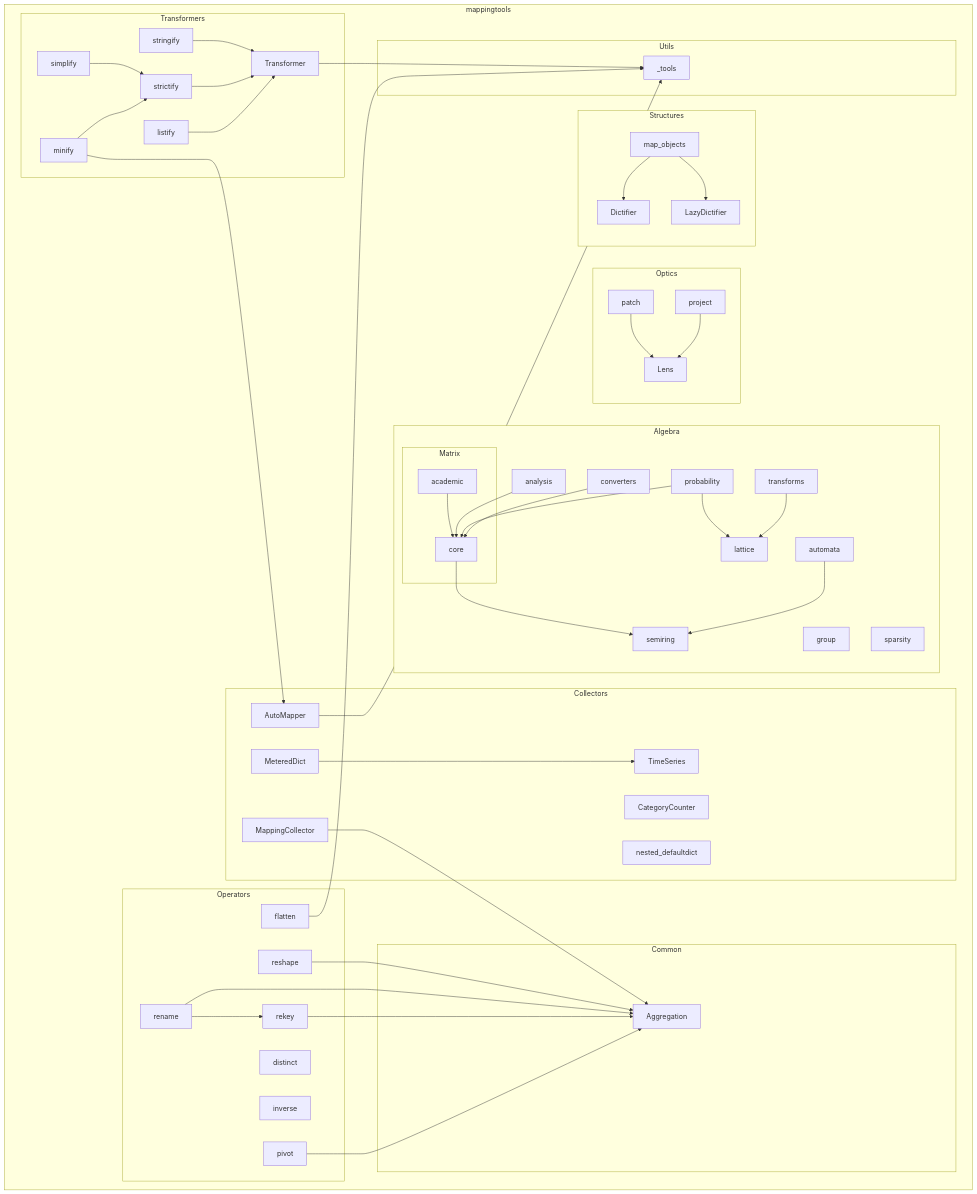
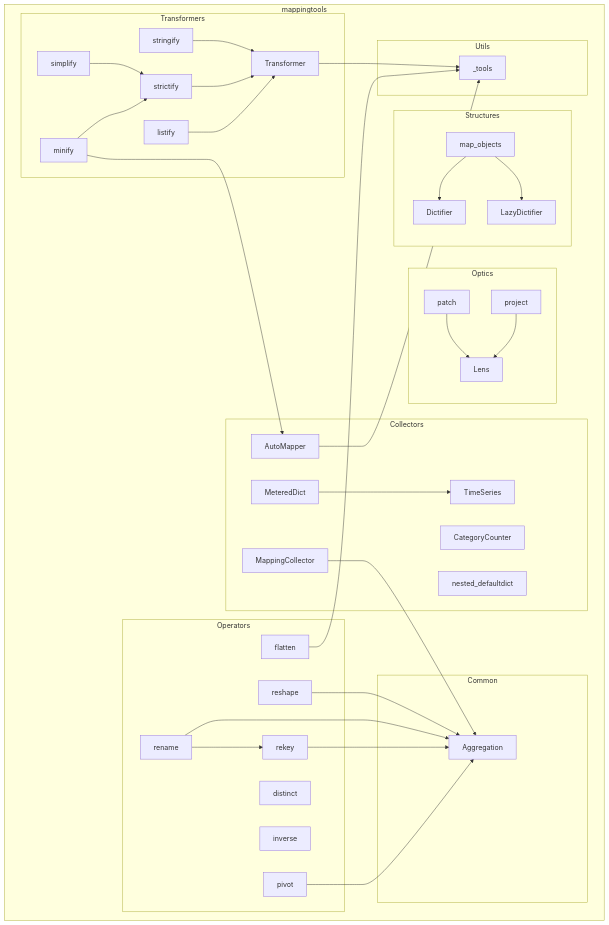
The diagram in docs/knowledge_graph.md (erivlis/mappingtools), drawn with Mermaid before and after one commit. The commit also changed other lines of this file and 128 other files, not shown here.

````diff
--- a/docs/knowledge_graph.md
+++ b/docs/knowledge_graph.md
@@ -10,21 +10,6 @@
 ```mermaid
 graph TD
     subgraph mappingtools
-        subgraph algebra [Algebra]
-            subgraph matrix [Matrix]
-                core
-                academic
-            end
-            lattice
-            analysis
-            probability
-            transforms
-            automata
-            group
-            sparsity
-            semiring
-            converters
-        end
 
         subgraph collectors [Collectors]
             AutoMapper
@@ -97,13 +82,4 @@
     flatten --> _tools
     Transformer --> _tools
 
-%% Algebra Dependencies
-    core --> semiring
-    academic --> core
-    analysis --> core
-    probability --> core
-    probability --> lattice
-    transforms --> lattice
-    converters --> core
-    automata --> semiring
 ```
````
